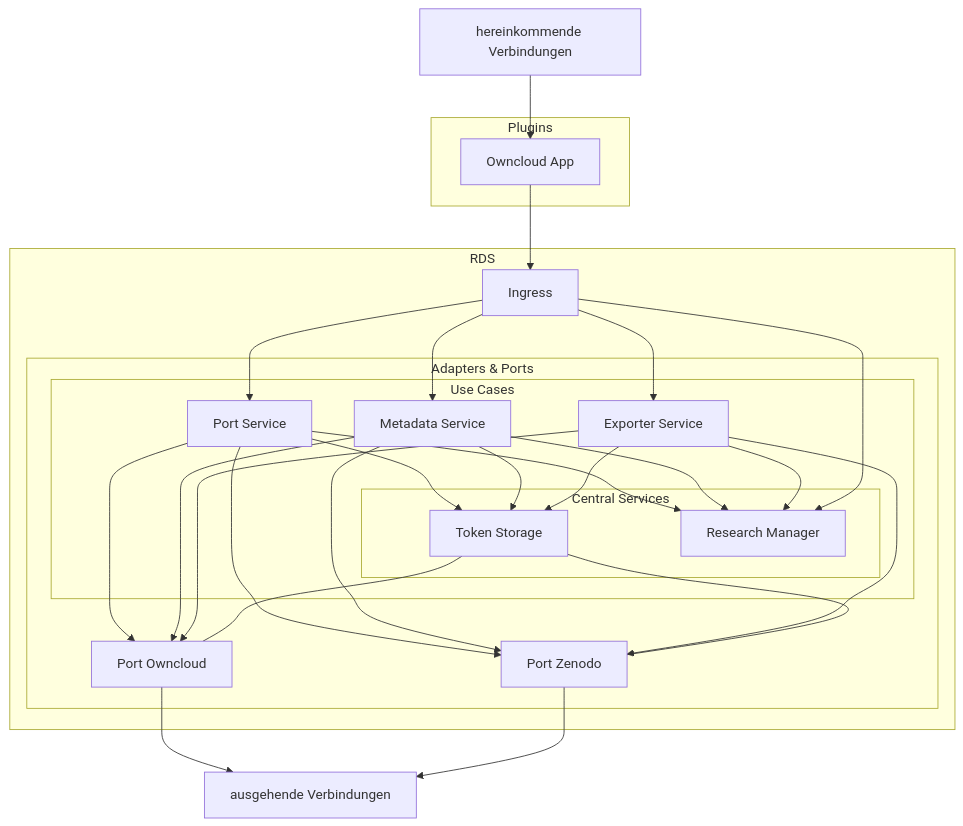
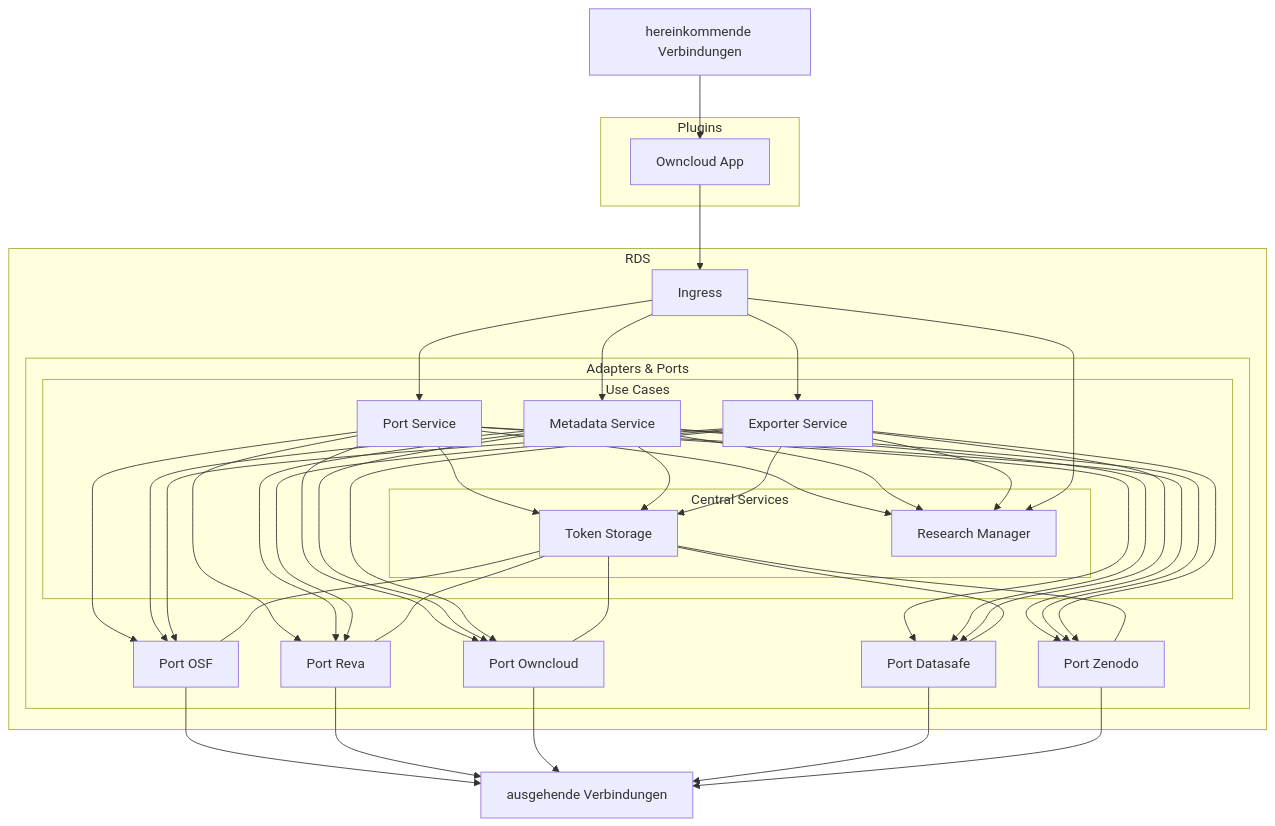
The diagram in docs/content/doc/impl/infrastructure/ecosystem.de.md (Sciebo-RDS/Sciebo-RDS), drawn with Mermaid before and after one commit. The commit also changed 1 other file, not shown here.

Commit message:
add missing ports to ecosystem

````diff
--- a/docs/content/doc/impl/infrastructure/ecosystem.de.md
+++ b/docs/content/doc/impl/infrastructure/ecosystem.de.md
@@ -18,65 +18,70 @@
 ```mermaid
 graph TD;
   %% define nodes
   
   subgraph Plugins
       OP[Owncloud App]
   end
 
   subgraph RDS
     Ingress
 
     subgraph Adapters & Ports
       %% SPAEx[SPA Exporter]
       %% SPATS[SPA Token Storage]
 
       PInvenio[Port Zenodo]
       POwncloud[Port Owncloud]
+      POSF[Port OSF]
+      PReva[Port Reva]
+      PDatasafe[Port Datasafe]
 
       subgraph Use Cases
         UCExporter[Exporter Service]
         UCPort[Port Service]
         UCMetadata[Metadata Service]
         %% UCProject[Project Service]
 
         subgraph Central Services
           CSToken[Token Storage]
           CSProject[Research Manager]
         end
       end
     end
   end
 
   WWWI[hereinkommende Verbindungen]
   WWWO[ausgehende Verbindungen]
 
-  click OP "/de/doc/impl/plugins/owncloud/"
+  click OP "/doc/impl/plugins/owncloud/"
 
-  click PInvenio "/de/doc/impl/ports/port-invenio"
-  click POwncloud "/de/doc/impl/ports/port-storage"
+  click PInvenio "/doc/impl/ports/port-invenio"
+  click POwncloud "/doc/impl/ports/port-storage"
+  click PReva "https://github.com/Sciebo-RDS/port-reva"
+  click POSF "/doc/impl/ports/port-osf"
+  click PDatasafe "https://github.com/Sciebo-RDS/port_datasafe"
 
-  click UCPort "/de/doc/impl/use-cases/port-service"
-  click UCExporter "/de/doc/impl/use-cases/exporter"
-  click UCMetadata "/de/doc/impl/use-cases/metadata"
+  click UCPort "/doc/impl/use-cases/port-service"
+  click UCExporter "/doc/impl/use-cases/exporter"
+  click UCMetadata "/doc/impl/use-cases/metadata"
 
-  click CSProject "/de/doc/impl/central/research-manager"
-  click CSToken ""/de/doc/impl/central/token-storage""
+  click CSProject "/doc/impl/central/research-manager"
+  click CSToken ""/doc/impl/central/token-storage""
 
   %% define connections
   WWWI --> OP
   OP --> Ingress
 
   %% Ingress --> SPAEx --> UCExporter
   %% Ingress --> SPATS --> CSToken
   %% Ingress -->|Nur für die Registration von neuen Tokens| ARegister
   Ingress --> CSProject & UCExporter & UCMetadata & UCPort
 
   %% UCExporter --> UCProject
   %% UCProject --> CSProject
 
-  CSToken --- PInvenio & POwncloud
-  UCExporter & UCMetadata & UCPort --> PInvenio & POwncloud & CSProject & CSToken
+  CSToken --- PInvenio & POwncloud & PReva & POSF & PDatasafe
+  UCExporter & UCMetadata & UCPort --> PInvenio & POwncloud & PReva & POSF & PDatasafe & CSProject & CSToken
 
-  PInvenio --> WWWO
-  POwncloud --> WWWO
+  PInvenio & PDatasafe & POwncloud & PReva & POSF --> WWWO
 ```
````
